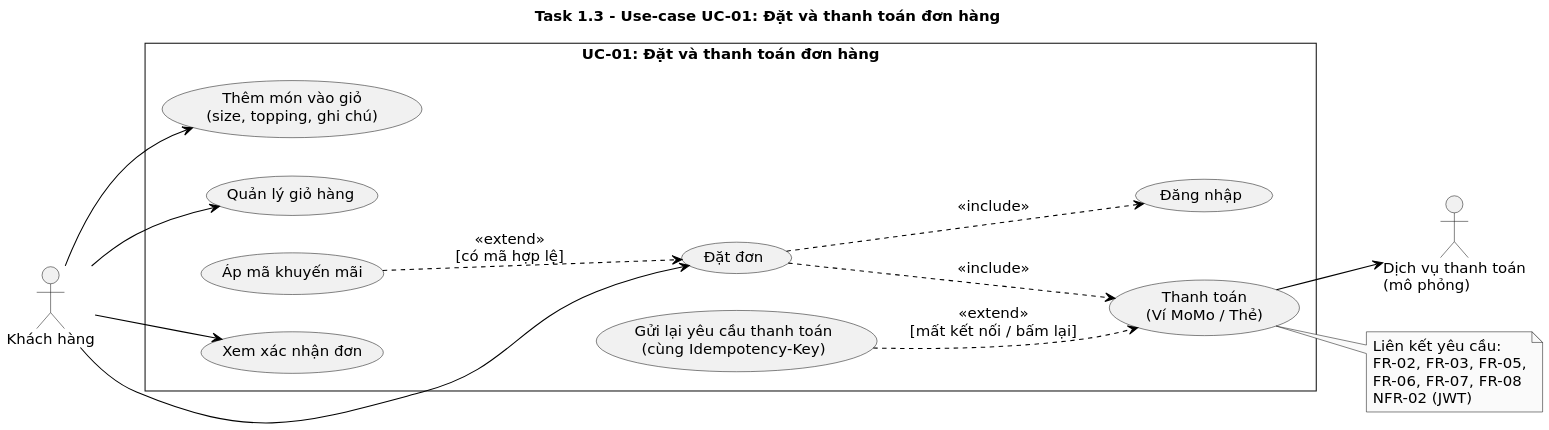
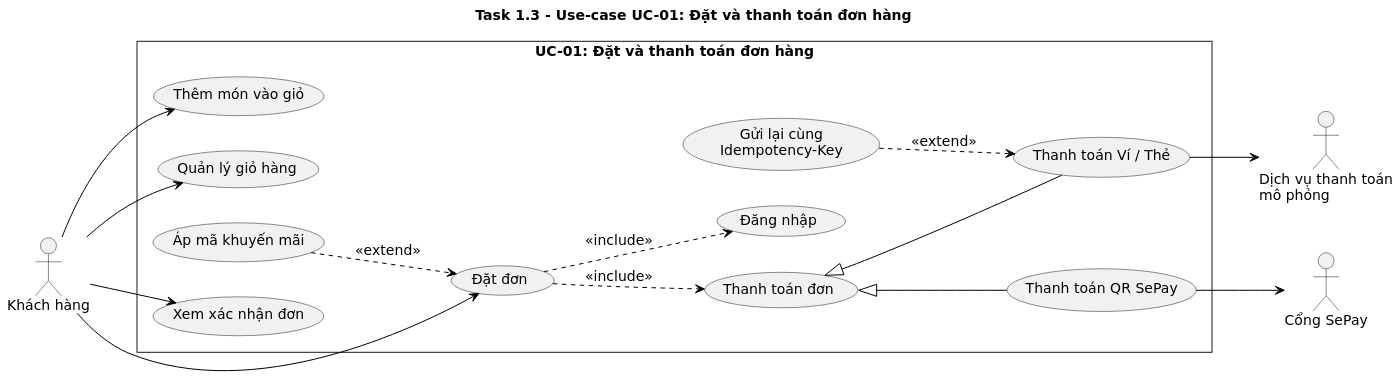
The diagram in docs/diagrams/Task1_3_UseCase.puml (Bao3Q/PhucLong), drawn with PlantUML before and after one commit. The commit also changed 27 other files, not shown here.

Commit message:
Sửa phân quyền đổi trạng thái đơn (FR-09) và vẽ lại sơ đồ cho khớp code

```diff
--- a/docs/diagrams/Task1_3_UseCase.puml
+++ b/docs/diagrams/Task1_3_UseCase.puml
@@ -1,46 +1,47 @@
-@startuml
+@startuml Task1_3_UseCase
 skinparam backgroundColor white
 skinparam monochrome true
 skinparam shadowing false
 skinparam roundCorner 0
 skinparam defaultFontName DejaVu Sans
 skinparam defaultFontSize 14
 skinparam ArrowColor black
-skinparam dpi 160
+skinparam dpi 150
 skinparam packageStyle rectangle
 left to right direction
 
 title Task 1.3 - Use-case UC-01: Đặt và thanh toán đơn hàng
 
 actor "Khách hàng" as KH
-actor "Dịch vụ thanh toán\n(mô phỏng)" as PAY
 
 rectangle "UC-01: Đặt và thanh toán đơn hàng" {
-  usecase "Thêm món vào giỏ\n(size, topping, ghi chú)" as ADD
+  usecase "Thêm món vào giỏ" as ADD
   usecase "Quản lý giỏ hàng" as CART
+  usecase "Áp mã khuyến mãi" as PROMO
   usecase "Đặt đơn" as ORDER
   usecase "Đăng nhập" as LOGIN
-  usecase "Thanh toán\n(Ví MoMo / Thẻ)" as PAYUC
-  usecase "Áp mã khuyến mãi" as PROMO
-  usecase "Gửi lại yêu cầu thanh toán\n(cùng Idempotency-Key)" as RETRY
+  usecase "Thanh toán đơn" as PAYUC
+  usecase "Thanh toán Ví / Thẻ" as WALLET
+  usecase "Thanh toán QR SePay" as QR
+  usecase "Gửi lại cùng\nIdempotency-Key" as RETRY
   usecase "Xem xác nhận đơn" as CONFIRM
 }
+
+actor "Dịch vụ thanh toán\nmô phỏng" as PAY
+actor "Cổng SePay" as SEPAY
 
 KH --> ADD
 KH --> CART
 KH --> ORDER
 KH --> CONFIRM
-PAYUC --> PAY
 
 ORDER ..> LOGIN : <<include>>
 ORDER ..> PAYUC : <<include>>
-PROMO ..> ORDER : <<extend>>\n[có mã hợp lệ]
-RETRY ..> PAYUC : <<extend>>\n[mất kết nối / bấm lại]
+PROMO ..> ORDER : <<extend>>
+PAYUC <|-- WALLET
+PAYUC <|-- QR
+RETRY ..> WALLET : <<extend>>
 
-note right of PAYUC
-  Liên kết yêu cầu:
-  FR-02, FR-03, FR-05,
-  FR-06, FR-07, FR-08
-  NFR-02 (JWT)
-end note
+WALLET --> PAY
+QR --> SEPAY
 @enduml
```
